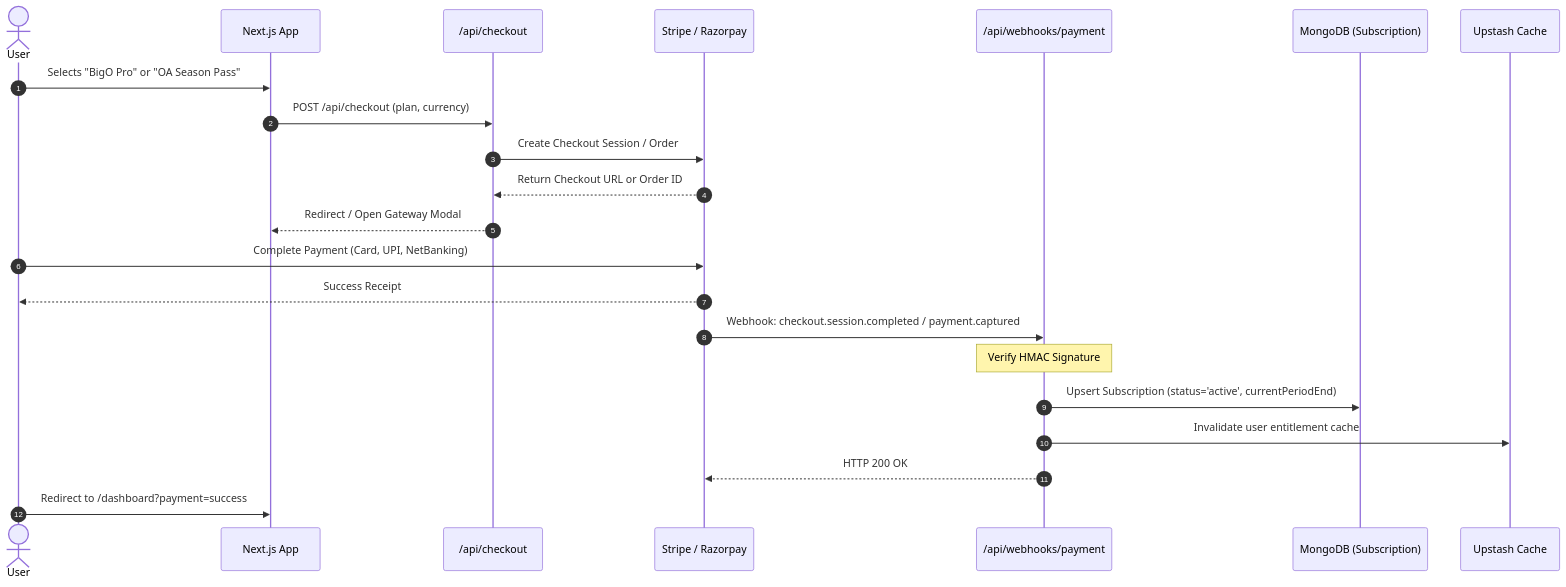
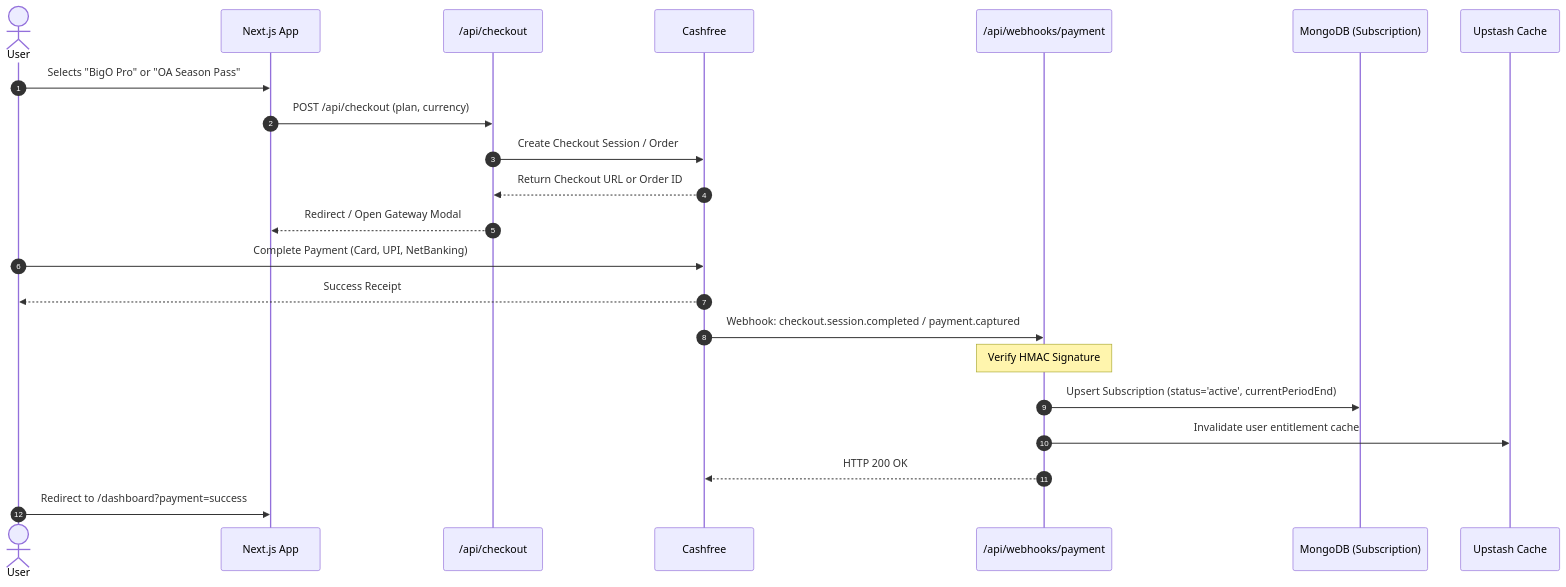
Before and after one commit to MayankV004/OA-prep: the second of 3 diagrams in docs/monetization.md, drawn with Mermaid. The commit also changed other lines of this file and 54 other files, not shown here.

Commit message:
refactor: migrate payment gateway from Stripe to Cashfree

````diff
--- a/docs/monetization.md
+++ b/docs/monetization.md
@@ -246,25 +246,25 @@
 ```mermaid
 sequenceDiagram
     autonumber
     actor User
     participant Frontend as Next.js App
     participant API as /api/checkout
-    participant Gateway as Stripe / Razorpay
+    participant Gateway as Cashfree
     participant Webhook as /api/webhooks/payment
     participant DB as MongoDB (Subscription)
     participant Redis as Upstash Cache
 
     User->>Frontend: Selects "BigO Pro" or "OA Season Pass"
     Frontend->>API: POST /api/checkout (plan, currency)
     API->>Gateway: Create Checkout Session / Order
     Gateway-->>API: Return Checkout URL or Order ID
     API-->>Frontend: Redirect / Open Gateway Modal
     User->>Gateway: Complete Payment (Card, UPI, NetBanking)
     Gateway-->>User: Success Receipt
     Gateway->>Webhook: Webhook: checkout.session.completed / payment.captured
     Note over Webhook: Verify HMAC Signature
     Webhook->>DB: Upsert Subscription (status='active', currentPeriodEnd)
     Webhook->>Redis: Invalidate user entitlement cache
     Webhook-->>Gateway: HTTP 200 OK
     User->>Frontend: Redirect to /dashboard?payment=success
 ```
````
